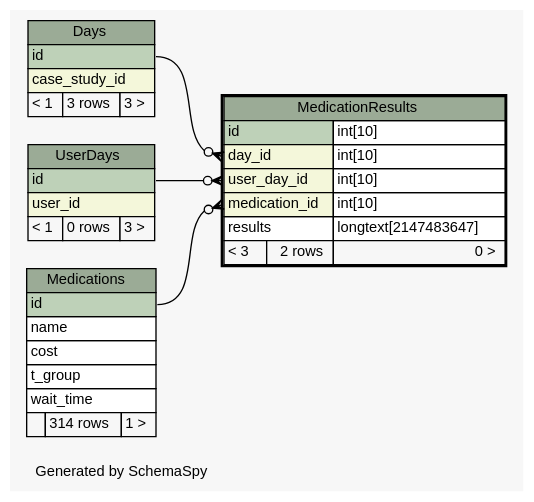
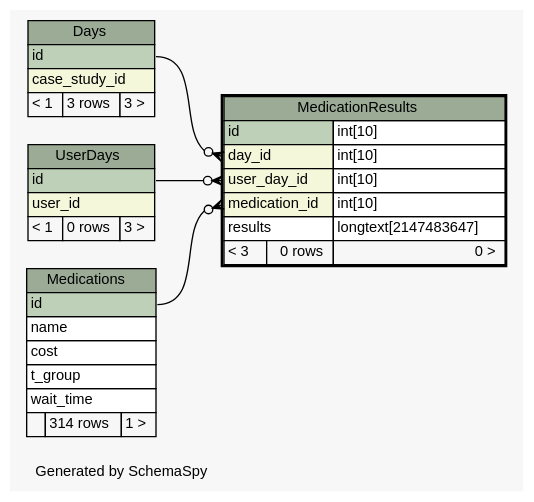
The diagram in web/files/schema/diagrams/MedicationResults.1degree.dot (carrel2/CaseStudies), drawn with Graphviz before and after one commit. The commit also changed 170 other files, not shown here.

```diff
--- a/web/files/schema/diagrams/MedicationResults.1degree.dot
+++ b/web/files/schema/diagrams/MedicationResults.1degree.dot
@@ -1,75 +1,75 @@
 // dot 2.38.0 on Linux 4.4.0-77-generic
 // SchemaSpy rev 590
 digraph "oneDegreeRelationshipsDiagram" {
   graph [
     rankdir="RL"
     bgcolor="#f7f7f7"
     label="\nGenerated by SchemaSpy"
     labeljust="l"
     nodesep="0.18"
     ranksep="0.46"
     fontname="Helvetica"
     fontsize="11"
   ];
   node [
     fontname="Helvetica"
     fontsize="11"
     shape="plaintext"
   ];
   edge [
     arrowsize="0.8"
   ];
   "MedicationResults":"day_id":w -> "Days":"id":e [arrowhead=none dir=back arrowtail=crowodot];
   "MedicationResults":"medication_id":w -> "Medications":"id":e [arrowhead=none dir=back arrowtail=crowodot];
   "MedicationResults":"user_day_id":w -> "UserDays":"id":e [arrowhead=none dir=back arrowtail=crowodot];
   "Days" [
     label=<
     <TABLE BORDER="0" CELLBORDER="1" CELLSPACING="0" BGCOLOR="#ffffff">
       <TR><TD COLSPAN="3" BGCOLOR="#9bab96" ALIGN="CENTER">Days</TD></TR>
       <TR><TD PORT="id" COLSPAN="3" BGCOLOR="#bed1b8" ALIGN="LEFT">id</TD></TR>
       <TR><TD PORT="case_study_id" COLSPAN="3" BGCOLOR="#f4f7da" ALIGN="LEFT">case_study_id</TD></TR>
       <TR><TD ALIGN="LEFT" BGCOLOR="#f7f7f7">&lt; 1</TD><TD ALIGN="RIGHT" BGCOLOR="#f7f7f7">3 rows</TD><TD ALIGN="RIGHT" BGCOLOR="#f7f7f7">3 &gt;</TD></TR>
     </TABLE>>
     URL="Days.html"
     tooltip="Days"
   ];
   "MedicationResults" [
     label=<
     <TABLE BORDER="2" CELLBORDER="1" CELLSPACING="0" BGCOLOR="#ffffff">
       <TR><TD COLSPAN="3" BGCOLOR="#9bab96" ALIGN="CENTER">MedicationResults</TD></TR>
       <TR><TD PORT="id" COLSPAN="2" BGCOLOR="#bed1b8" ALIGN="LEFT">id</TD><TD PORT="id.type" ALIGN="LEFT">int[10]</TD></TR>
       <TR><TD PORT="day_id" COLSPAN="2" BGCOLOR="#f4f7da" ALIGN="LEFT">day_id</TD><TD PORT="day_id.type" ALIGN="LEFT">int[10]</TD></TR>
       <TR><TD PORT="user_day_id" COLSPAN="2" BGCOLOR="#f4f7da" ALIGN="LEFT">user_day_id</TD><TD PORT="user_day_id.type" ALIGN="LEFT">int[10]</TD></TR>
       <TR><TD PORT="medication_id" COLSPAN="2" BGCOLOR="#f4f7da" ALIGN="LEFT">medication_id</TD><TD PORT="medication_id.type" ALIGN="LEFT">int[10]</TD></TR>
       <TR><TD PORT="results" COLSPAN="2" ALIGN="LEFT">results</TD><TD PORT="results.type" ALIGN="LEFT">longtext[2147483647]</TD></TR>
-      <TR><TD ALIGN="LEFT" BGCOLOR="#f7f7f7">&lt; 3</TD><TD ALIGN="RIGHT" BGCOLOR="#f7f7f7">2 rows</TD><TD ALIGN="RIGHT" BGCOLOR="#f7f7f7">0 &gt;</TD></TR>
+      <TR><TD ALIGN="LEFT" BGCOLOR="#f7f7f7">&lt; 3</TD><TD ALIGN="RIGHT" BGCOLOR="#f7f7f7">0 rows</TD><TD ALIGN="RIGHT" BGCOLOR="#f7f7f7">0 &gt;</TD></TR>
     </TABLE>>
     URL="MedicationResults.html"
     tooltip="MedicationResults"
   ];
   "Medications" [
     label=<
     <TABLE BORDER="0" CELLBORDER="1" CELLSPACING="0" BGCOLOR="#ffffff">
       <TR><TD COLSPAN="3" BGCOLOR="#9bab96" ALIGN="CENTER">Medications</TD></TR>
       <TR><TD PORT="id" COLSPAN="3" BGCOLOR="#bed1b8" ALIGN="LEFT">id</TD></TR>
       <TR><TD PORT="name" COLSPAN="3" ALIGN="LEFT">name</TD></TR>
       <TR><TD PORT="cost" COLSPAN="3" ALIGN="LEFT">cost</TD></TR>
       <TR><TD PORT="t_group" COLSPAN="3" ALIGN="LEFT">t_group</TD></TR>
       <TR><TD PORT="wait_time" COLSPAN="3" ALIGN="LEFT">wait_time</TD></TR>
       <TR><TD ALIGN="LEFT" BGCOLOR="#f7f7f7">  </TD><TD ALIGN="RIGHT" BGCOLOR="#f7f7f7">314 rows</TD><TD ALIGN="RIGHT" BGCOLOR="#f7f7f7">1 &gt;</TD></TR>
     </TABLE>>
     URL="Medications.html"
     tooltip="Medications"
   ];
   "UserDays" [
     label=<
     <TABLE BORDER="0" CELLBORDER="1" CELLSPACING="0" BGCOLOR="#ffffff">
       <TR><TD COLSPAN="3" BGCOLOR="#9bab96" ALIGN="CENTER">UserDays</TD></TR>
       <TR><TD PORT="id" COLSPAN="3" BGCOLOR="#bed1b8" ALIGN="LEFT">id</TD></TR>
       <TR><TD PORT="user_id" COLSPAN="3" BGCOLOR="#f4f7da" ALIGN="LEFT">user_id</TD></TR>
       <TR><TD ALIGN="LEFT" BGCOLOR="#f7f7f7">&lt; 1</TD><TD ALIGN="RIGHT" BGCOLOR="#f7f7f7">0 rows</TD><TD ALIGN="RIGHT" BGCOLOR="#f7f7f7">3 &gt;</TD></TR>
     </TABLE>>
     URL="UserDays.html"
     tooltip="UserDays"
   ];
 }
```
